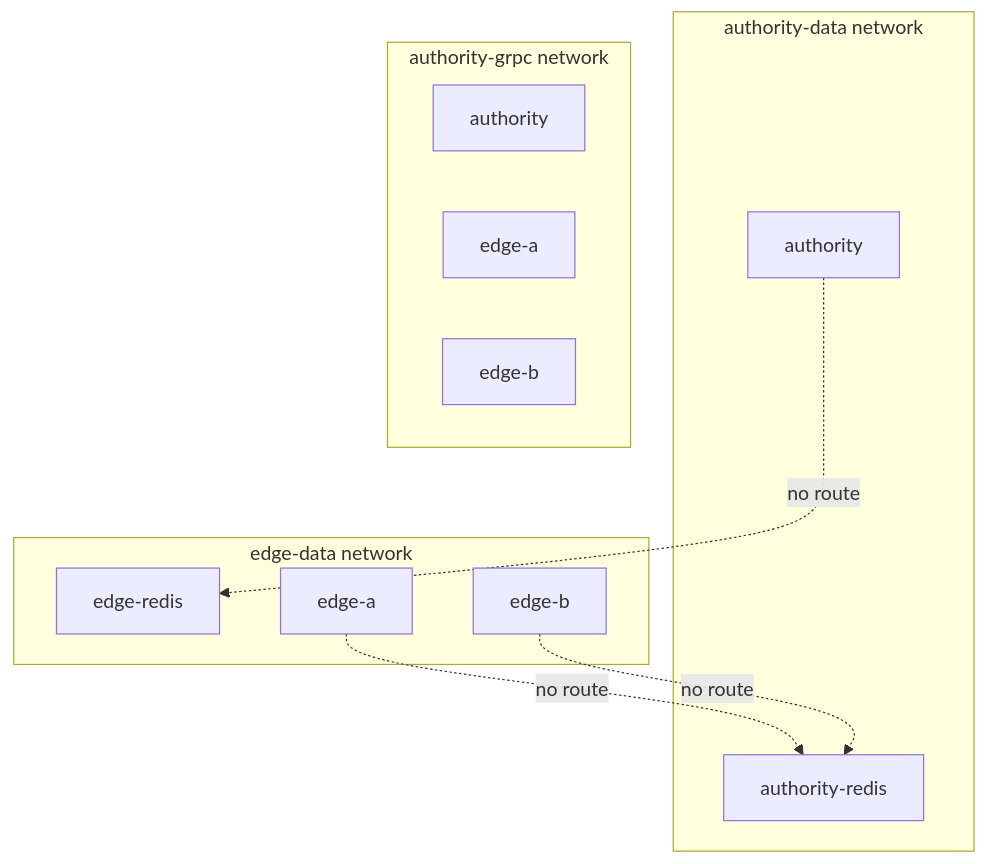
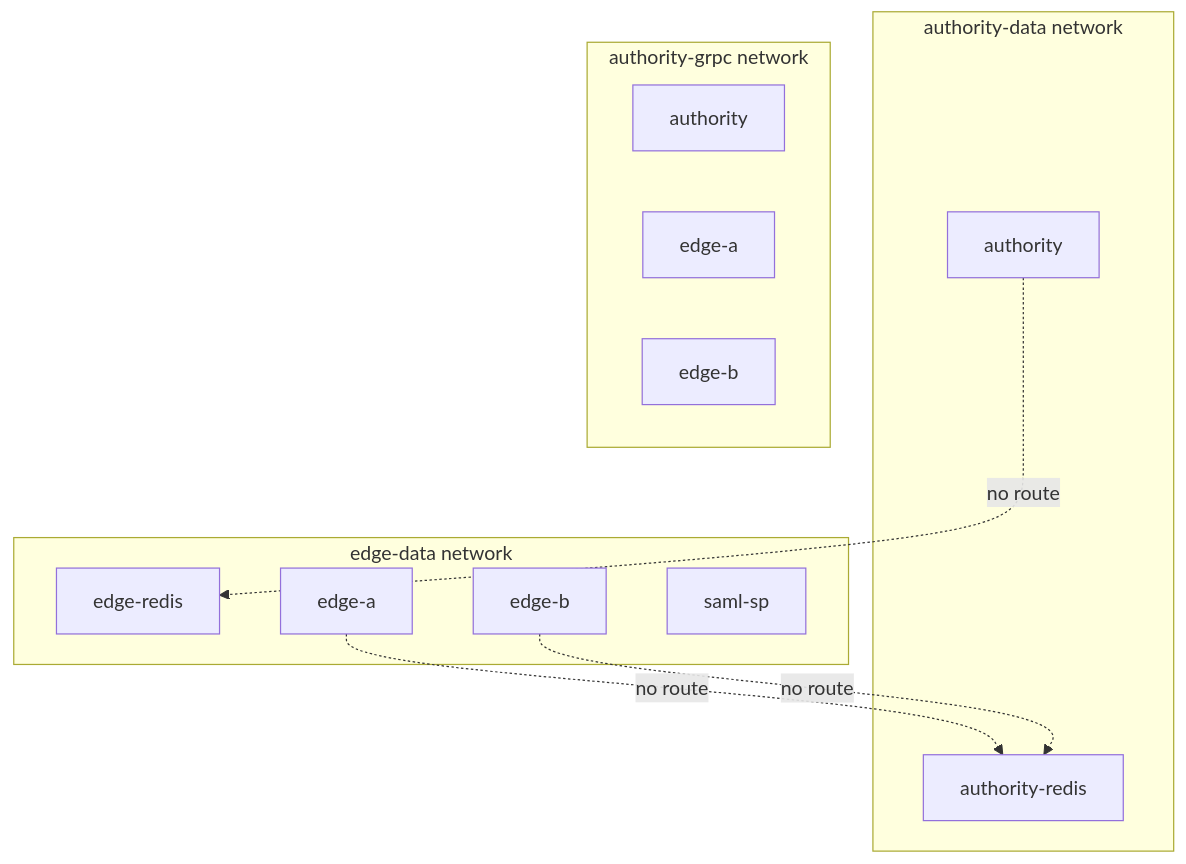
The second of 5 diagrams in contrib/identity-proxy-e2e/README.md (croessner/nauthilus), drawn with Mermaid before and after one commit. The commit also changed other lines of this file and 8 other files, not shown here.

````diff
--- a/contrib/identity-proxy-e2e/README.md
+++ b/contrib/identity-proxy-e2e/README.md
@@ -60,23 +64,24 @@
 ```mermaid
 flowchart TB
   subgraph authority_data["authority-data network"]
     AuthorityRedis["authority-redis"]
     Authority["authority"]
   end
 
   subgraph edge_data["edge-data network"]
     EdgeRedis["edge-redis"]
     EdgeA["edge-a"]
     EdgeB["edge-b"]
+    SAMLSP["saml-sp"]
   end
 
   subgraph authority_grpc["authority-grpc network"]
     AuthorityGRPC["authority"]
     EdgeAGRPC["edge-a"]
     EdgeBGRPC["edge-b"]
   end
 
   EdgeA -. "no route" .-> AuthorityRedis
   EdgeB -. "no route" .-> AuthorityRedis
   Authority -. "no route" .-> EdgeRedis
 ```
````
